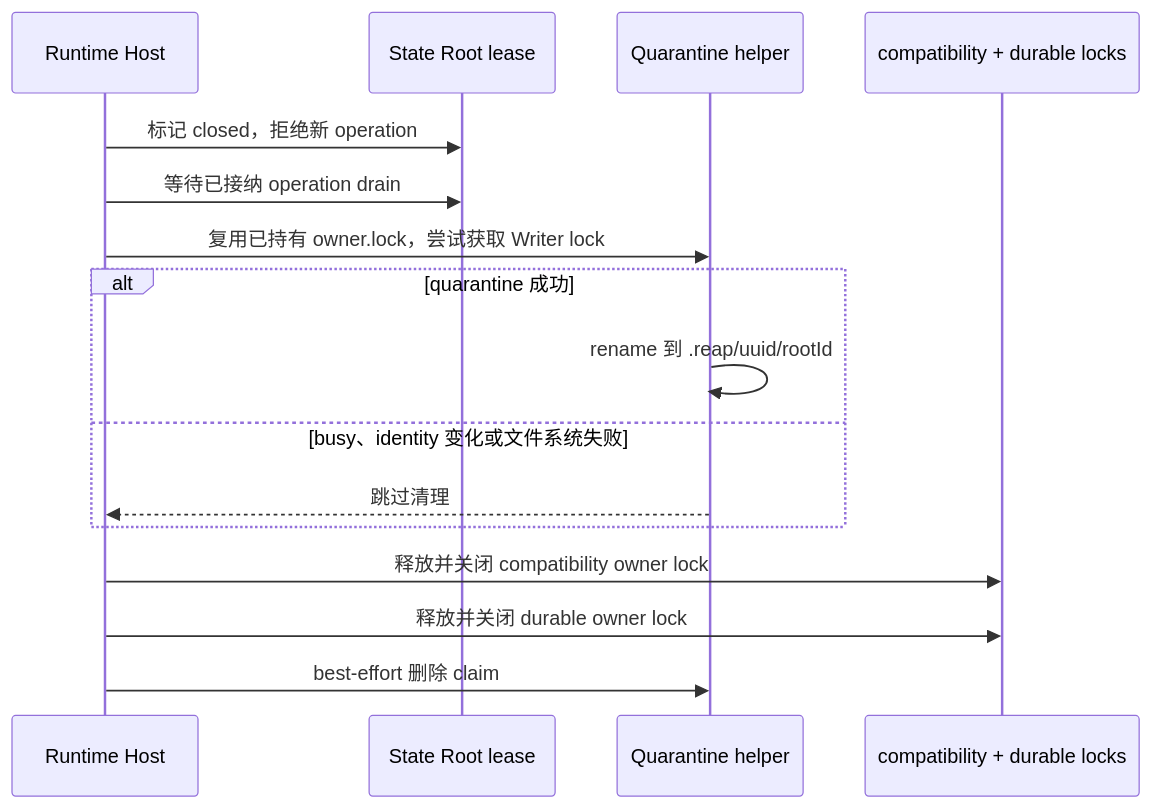
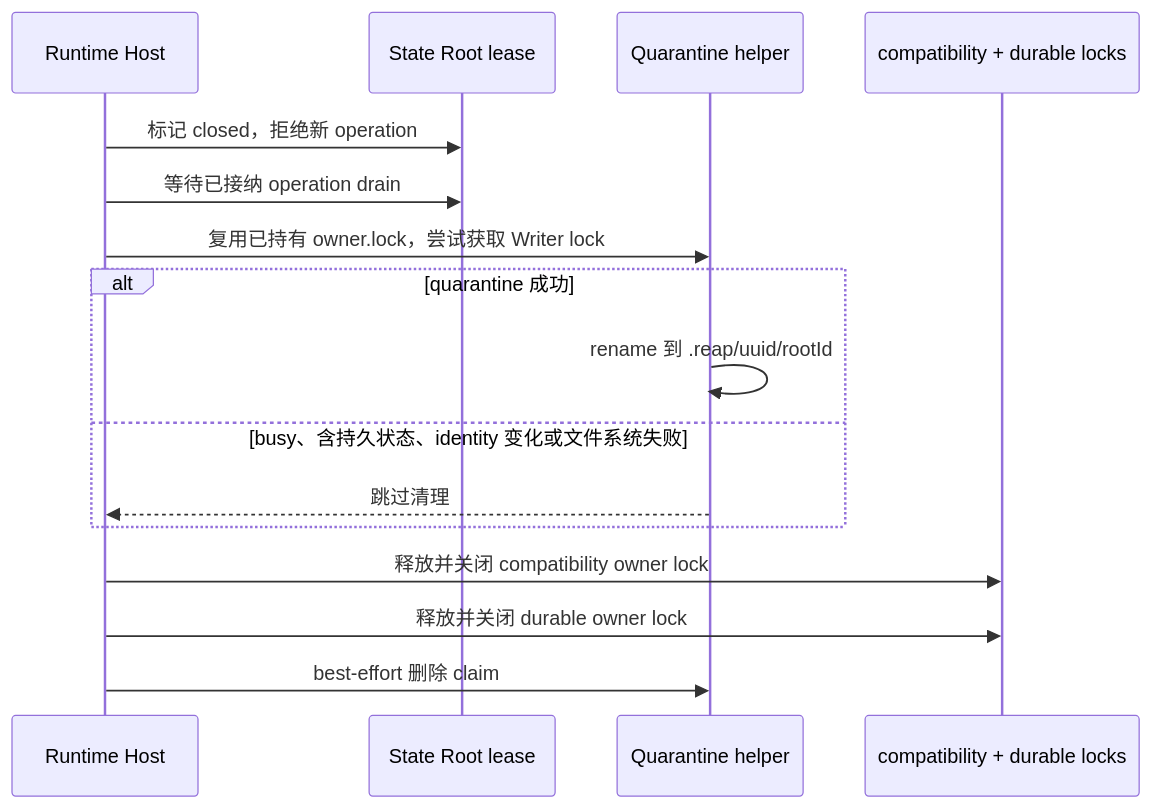
The second of 2 diagrams in docs/architecture/runtime-host-control-directory-reaping.zh-CN.md (Yx01-me/maka), drawn with Mermaid before and after one commit. The commit also changed other lines of this file and 4 other files, not shown here.

````diff
--- a/docs/architecture/runtime-host-control-directory-reaping.zh-CN.md
+++ b/docs/architecture/runtime-host-control-directory-reaping.zh-CN.md
@@ -176,19 +183,19 @@
 ```mermaid
 sequenceDiagram
     participant Host as Runtime Host
     participant Lease as State Root lease
     participant Q as Quarantine helper
     participant Locks as compatibility + durable locks
 
     Host->>Lease: 标记 closed，拒绝新 operation
     Host->>Lease: 等待已接纳 operation drain
     Host->>Q: 复用已持有 owner.lock，尝试获取 Writer lock
     alt quarantine 成功
         Q->>Q: rename 到 .reap/uuid/rootId
-    else busy、identity 变化或文件系统失败
+    else busy、含持久状态、identity 变化或文件系统失败
         Q-->>Host: 跳过清理
     end
     Host->>Locks: 释放并关闭 compatibility owner lock
     Host->>Locks: 释放并关闭 durable owner lock
     Host->>Q: best-effort 删除 claim
 ```
````
